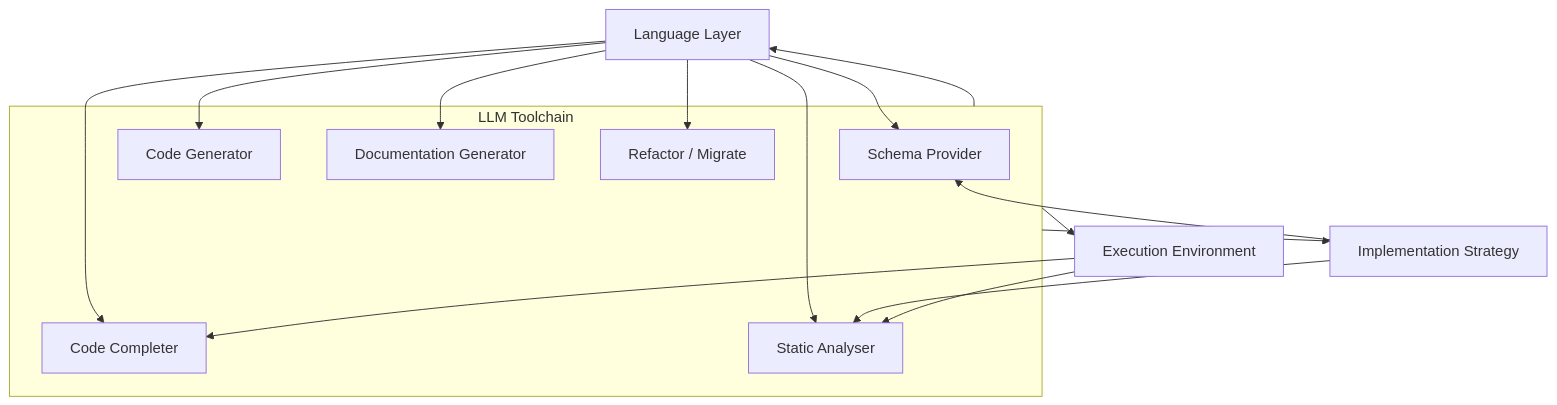
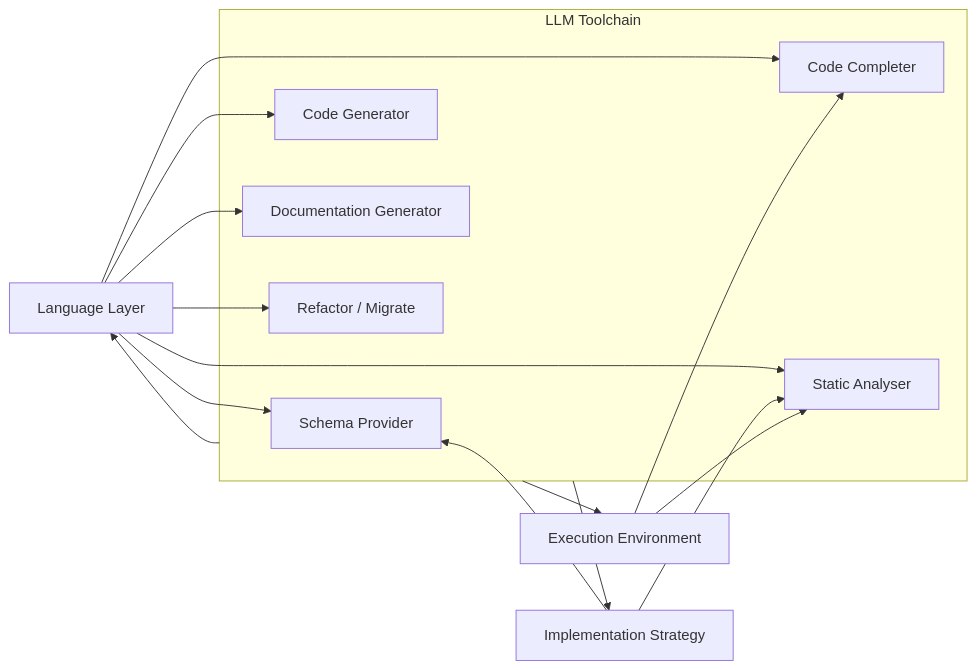
The fourth of 5 diagrams in how/architecture/ARCHITECTURE.md (orthon-lang/docs), drawn with Mermaid before and after one commit. The commit also changed other lines of this file, not shown here.

First line of the commit message:
Convert ASCII architecture diagrams to Mermaid

````diff
--- a/how/architecture/ARCHITECTURE.md
+++ b/how/architecture/ARCHITECTURE.md
@@ -330,31 +340,31 @@
 ``` mermaid
-flowchart TD
+flowchart LR
     LANG["Language Layer"]
     STRAT["Implementation Strategy"]
     EXEC["Execution Environment"]
 
     subgraph LLM["LLM Toolchain"]
         SCHEMA["Schema Provider"]
         COMPLETER["Code Completer"]
         GEN["Code Generator"]
         ANALYSER["Static Analyser"]
         DOC_GEN["Documentation Generator"]
         MIGRATOR["Refactor / Migrate"]
     end
 
     LANG --> SCHEMA
     LANG --> COMPLETER
     LANG --> GEN
     LANG --> ANALYSER
     LANG --> DOC_GEN
     LANG --> MIGRATOR
 
     STRAT --> SCHEMA
     STRAT --> ANALYSER
     EXEC --> ANALYSER
     EXEC --> COMPLETER
 
     LLM --> LANG
     LLM --> STRAT
     LLM --> EXEC
 ```
````
